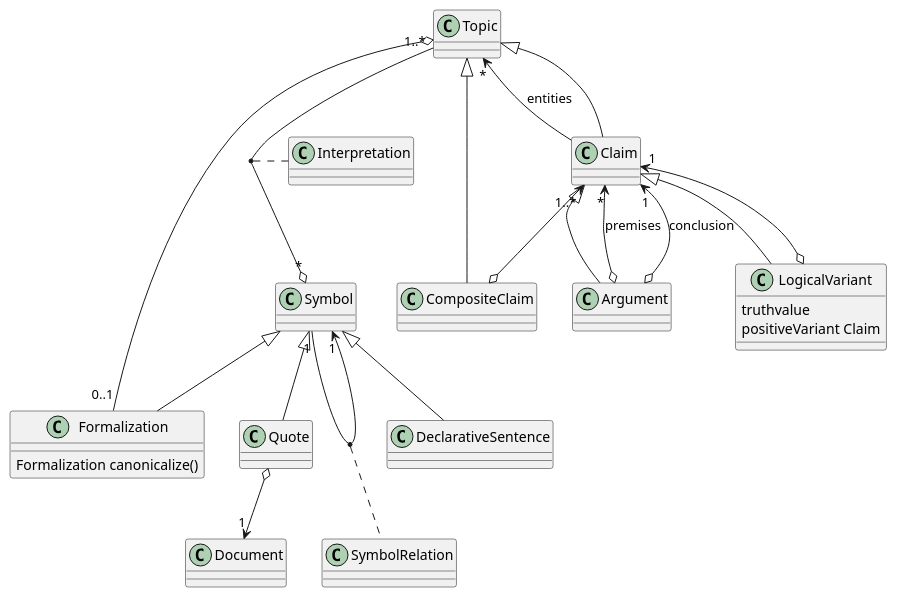
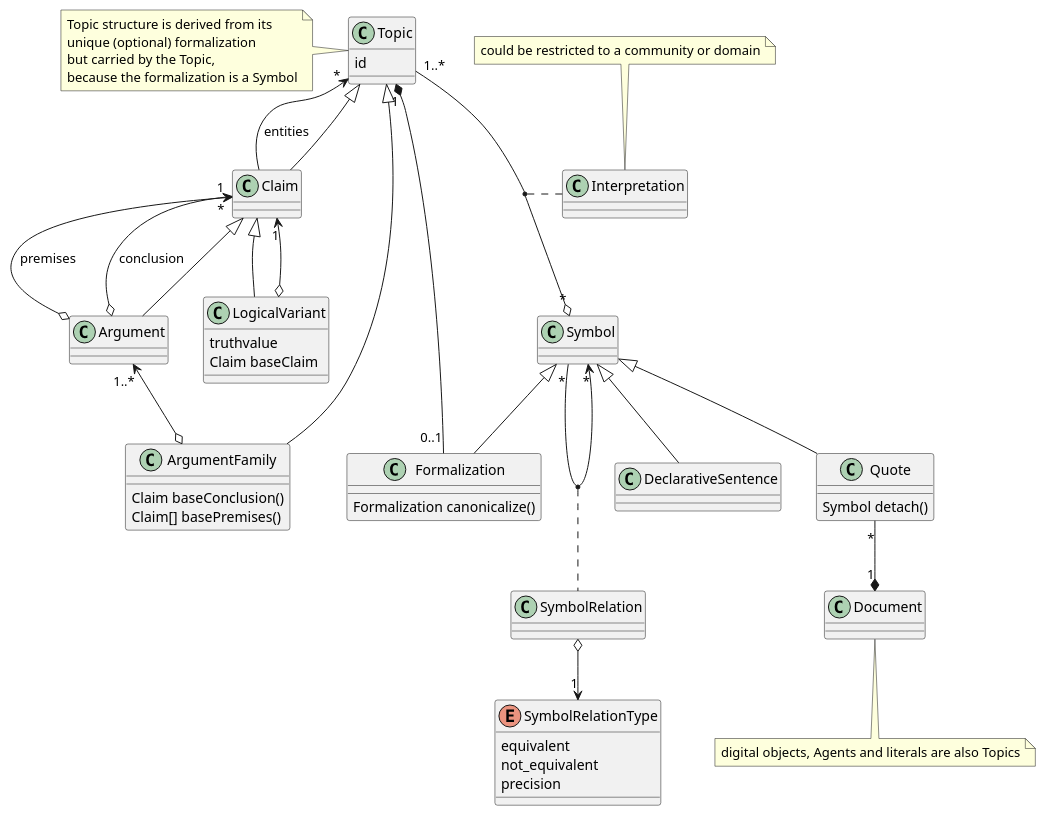
Before and after one commit to canonical-debate-lab/cd-domain-model: the diagram in diagram/map.puml, drawn with PlantUML.

Commit message:
adjustments

```diff
--- a/diagram/map.puml
+++ b/diagram/map.puml
@@ -1,44 +1,72 @@
 @startuml
+
+class Topic {
+  id
+}
+note left: Topic structure is derived from its \nunique (optional) formalization\nbut carried by the Topic,\nbecause the formalization is a Symbol
 
 Symbol <|-- DeclarativeSentence
 Topic "1..*" --o "*" Symbol
 (Topic , Symbol) . Interpretation
+class Interpretation {}
+note top: could be restricted to a community or domain
 
 Symbol <|-- Formalization
 
 class Formalization {
   Formalization canonicalize()
 }
 
-Topic o-- "0..1" Formalization
+Topic "1" *-- "0..1" Formalization
 
 
 Symbol <|-- Quote
 
-Symbol "1" --> "1" Symbol
+Symbol "*" --> "*" Symbol
 (Symbol , Symbol) . SymbolRelation
-Quote o--> "1" Document
 
-' Note: the following relations best expressed 
-' at the topic level, but are derived from the formalization.
-' However, formalization is a symbol, structure belongs in the topic.
-' The Topic has at most one canonical formalization; so it makes sense to say
-' that the properties from the formalization are expressed in the topic.
-' Note 2: if there is a dispute of formalization, split the topic.
+SymbolRelation o--> "1" SymbolRelationType
+
+enum SymbolRelationType {
+  equivalent
+  not_equivalent
+  precision
+}
+
+
+Quote "*" --* "1" Document
+
+class Quote {
+  Symbol detach()
+}
+
+class Document {
+
+}
+note bottom: digital objects, Agents and literals are also Topics
+
 
 Topic <|-- Claim
 Claim <|-- Argument
 
 Topic "*" <-- Claim : entities
 Argument o--> "*" Claim : premises
 Argument o--> "1" Claim : conclusion
 
 Claim <|-- LogicalVariant
-LogicalVariant : truthvalue
 Claim "1" <--o LogicalVariant
-LogicalVariant : positiveVariant Claim
 
-Claim "1..*" <--o CompositeClaim
-Topic <|-- CompositeClaim
+class LogicalVariant {
+  truthvalue
+  Claim baseClaim
+}
+
+class ArgumentFamily {
+  Claim baseConclusion()
+  Claim[] basePremises()
+}
+
+Argument "1..*" <--o ArgumentFamily
+Topic <|-- ArgumentFamily
 
 @enduml
```
